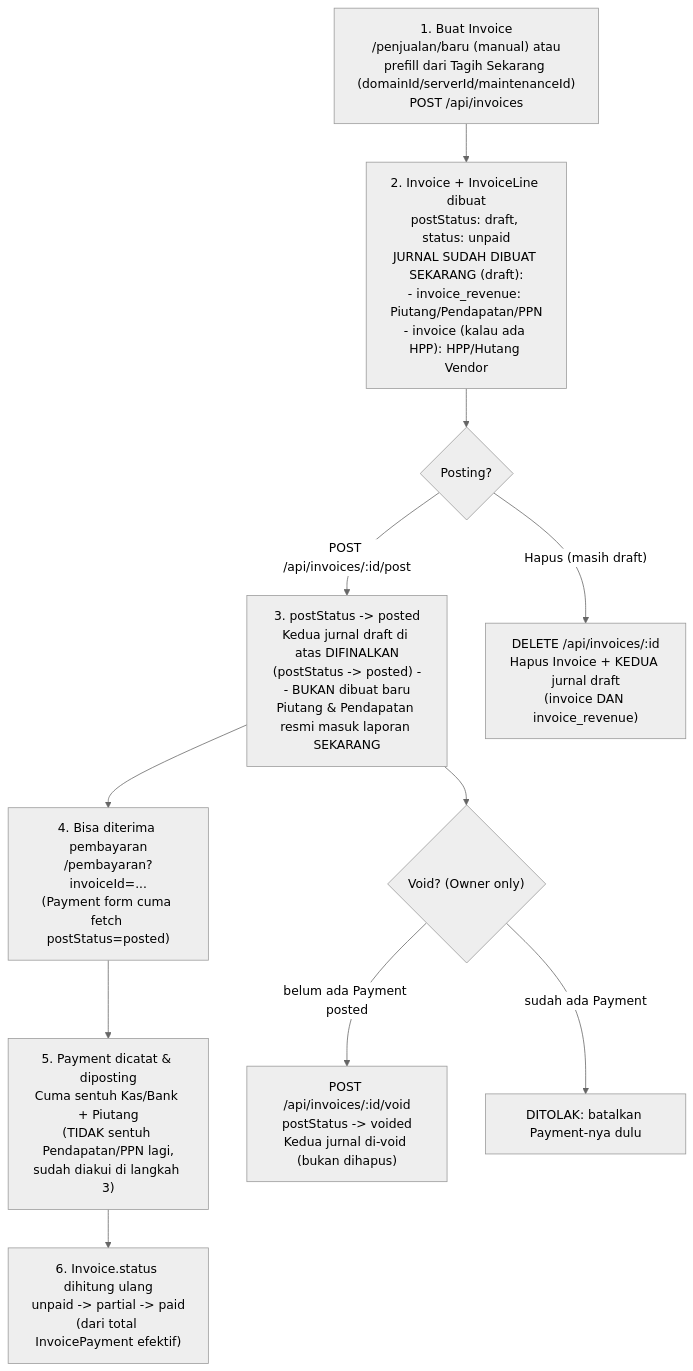
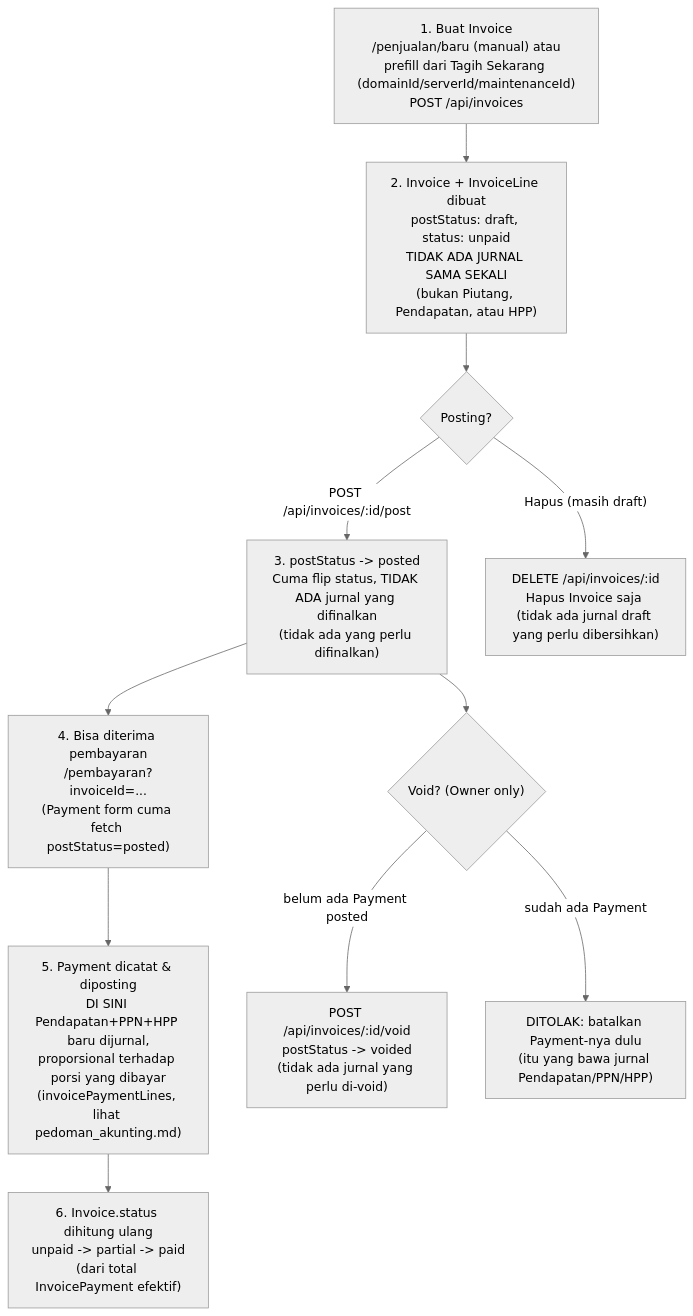
Before and after one commit to dewarisaptajayasri1579-beep/simple-system: the diagram in Check-Flow-Invoice.MD, drawn with Mermaid (neutral theme). The commit also changed other lines of this file and 20 other files, not shown here.

First line of the commit message:
Format cetak Kwitansi Pembayaran meniru referensi Kwitansi Keren, kertas A5 sama dengan Invoice

````diff
--- a/Check-Flow-Invoice.MD
+++ b/Check-Flow-Invoice.MD
@@ -10,13 +14,13 @@
 ```mermaid
 flowchart TD
-  A["1. Buat Invoice\n/penjualan/baru (manual) atau\nprefill dari Tagih Sekarang (domainId/serverId/maintenanceId)\nPOST /api/invoices"] --> B["2. Invoice + InvoiceLine dibuat\npostStatus: draft, status: unpaid\nJURNAL SUDAH DIBUAT SEKARANG (draft):\n- invoice_revenue: Piutang/Pendapatan/PPN\n- invoice (kalau ada HPP): HPP/Hutang Vendor"]
+  A["1. Buat Invoice\n/penjualan/baru (manual) atau\nprefill dari Tagih Sekarang (domainId/serverId/maintenanceId)\nPOST /api/invoices"] --> B["2. Invoice + InvoiceLine dibuat\npostStatus: draft, status: unpaid\nTIDAK ADA JURNAL SAMA SEKALI\n(bukan Piutang, Pendapatan, atau HPP)"]
   B --> C{"Posting?"}
-  C -- "POST /api/invoices/:id/post" --> D["3. postStatus -> posted\nKedua jurnal draft di atas DIFINALKAN\n(postStatus -> posted) -- BUKAN dibuat baru\nPiutang & Pendapatan resmi masuk laporan SEKARANG"]
-  C -- "Hapus (masih draft)" --> Z["DELETE /api/invoices/:id\nHapus Invoice + KEDUA jurnal draft\n(invoice DAN invoice_revenue)"]
+  C -- "POST /api/invoices/:id/post" --> D["3. postStatus -> posted\nCuma flip status, TIDAK ADA jurnal yang difinalkan\n(tidak ada yang perlu difinalkan)"]
+  C -- "Hapus (masih draft)" --> Z["DELETE /api/invoices/:id\nHapus Invoice saja (tidak ada jurnal draft yang perlu dibersihkan)"]
   D --> E["4. Bisa diterima pembayaran\n/pembayaran?invoiceId=...\n(Payment form cuma fetch postStatus=posted)"]
-  E --> F["5. Payment dicatat & diposting\nCuma sentuh Kas/Bank + Piutang\n(TIDAK sentuh Pendapatan/PPN lagi,\nsudah diakui di langkah 3)"]
+  E --> F["5. Payment dicatat & diposting\nDI SINI Pendapatan+PPN+HPP baru dijurnal,\nproporsional terhadap porsi yang dibayar\n(invoicePaymentLines, lihat pedoman_akunting.md)"]
   F --> G["6. Invoice.status dihitung ulang\nunpaid -> partial -> paid\n(dari total InvoicePayment efektif)"]
   D --> H{"Void? (Owner only)"}
-  H -- "belum ada Payment posted" --> I["POST /api/invoices/:id/void\npostStatus -> voided\nKedua jurnal di-void (bukan dihapus)"]
-  H -- "sudah ada Payment" --> J["DITOLAK: batalkan Payment-nya dulu"]
+  H -- "belum ada Payment posted" --> I["POST /api/invoices/:id/void\npostStatus -> voided\n(tidak ada jurnal yang perlu di-void)"]
+  H -- "sudah ada Payment" --> J["DITOLAK: batalkan Payment-nya dulu\n(itu yang bawa jurnal Pendapatan/PPN/HPP)"]
 ```
````
